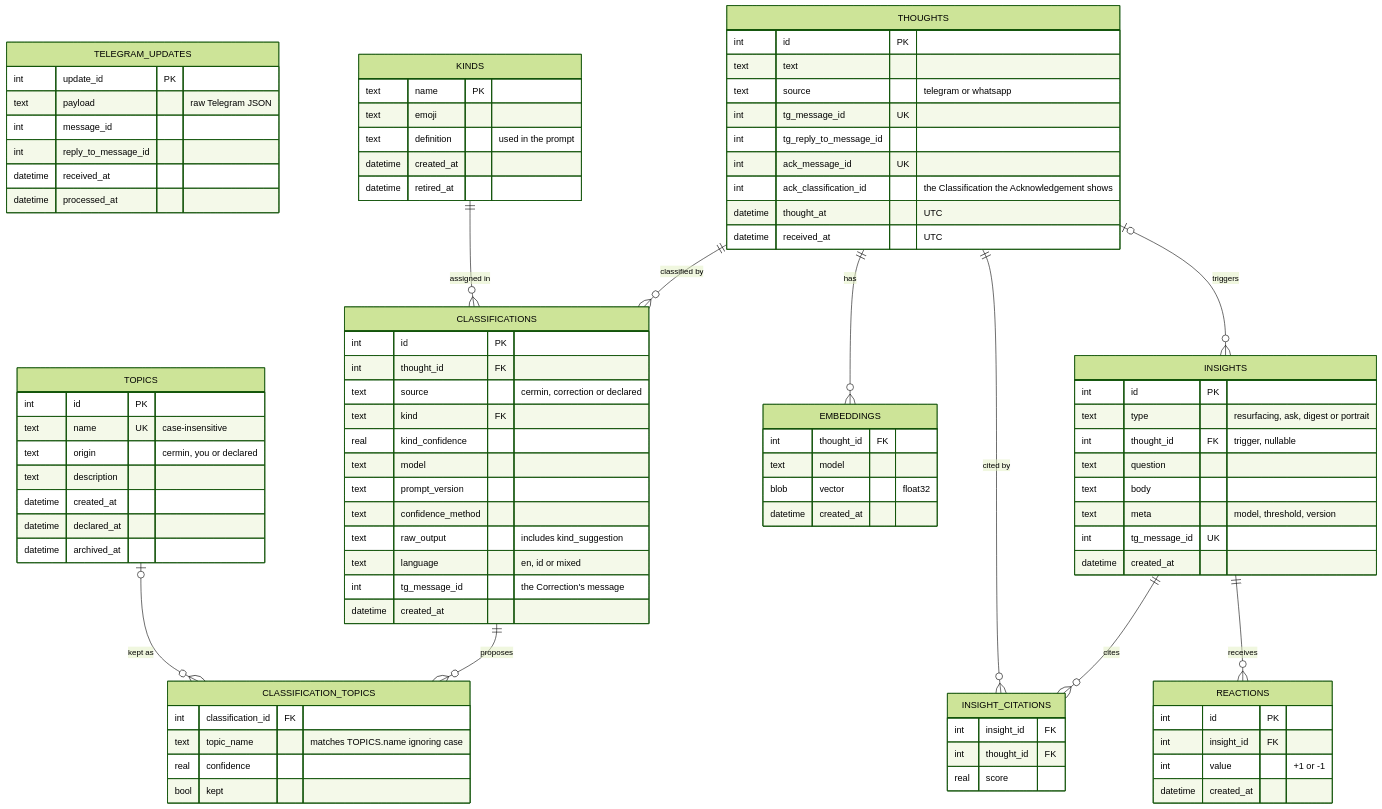
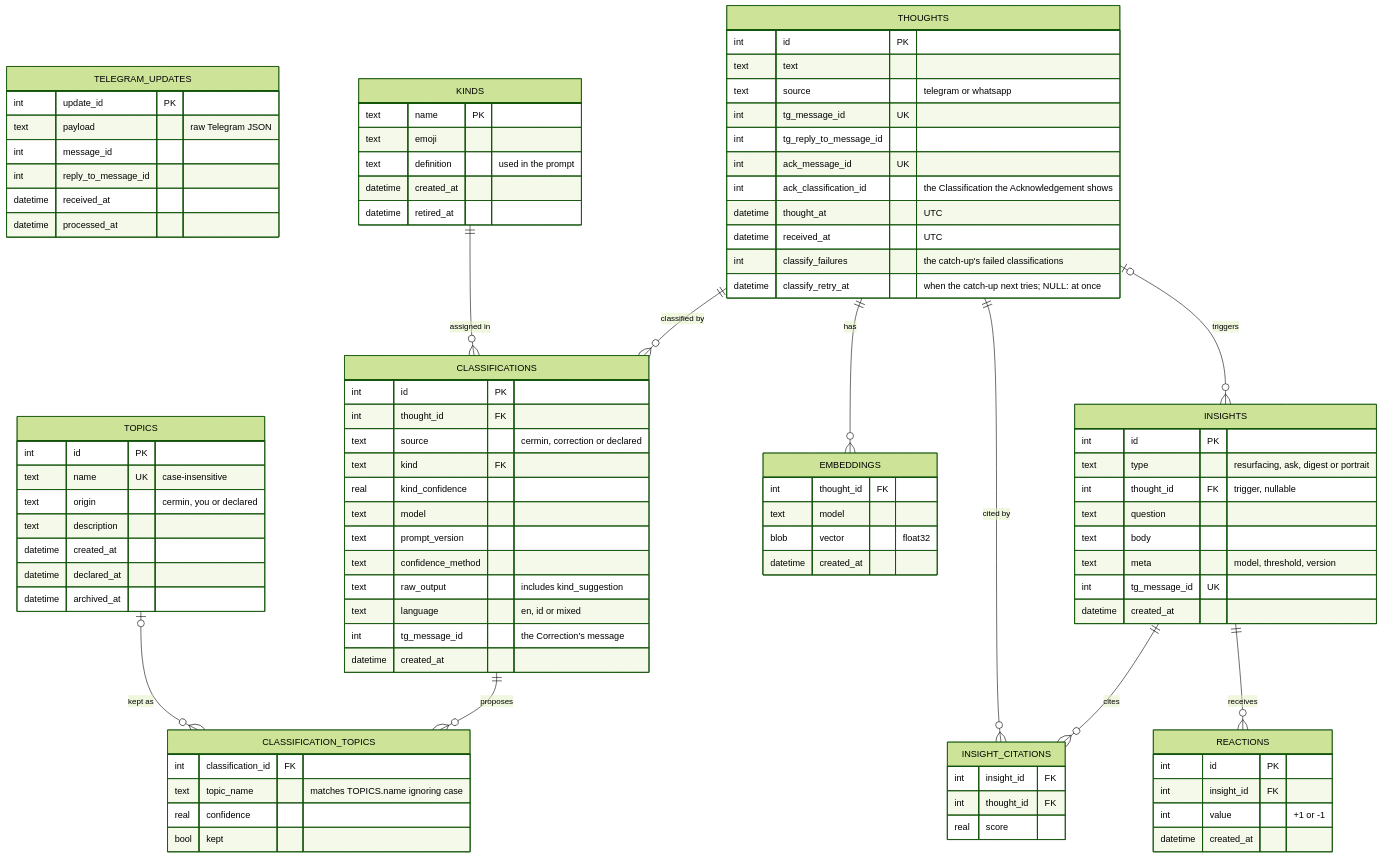
The third of 4 diagrams in docs/design/high-level-design.md (Arkoes07/cermin), drawn with Mermaid (forest theme) before and after one commit. The commit also changed other lines of this file and 8 other files, not shown here.

```diff
--- a/docs/design/high-level-design.md
+++ b/docs/design/high-level-design.md
@@ -198,6 +198,8 @@
         int ack_classification_id "the Classification the Acknowledgement shows"
         datetime thought_at "UTC"
         datetime received_at "UTC"
+        int classify_failures "the catch-up's failed classifications"
+        datetime classify_retry_at "when the catch-up next tries; NULL: at once"
     }
     KINDS {
         text name PK
```
